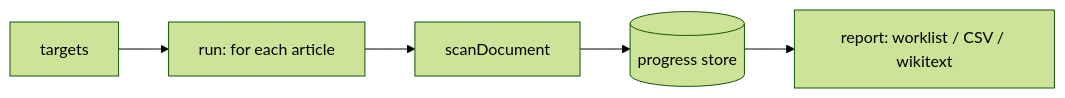
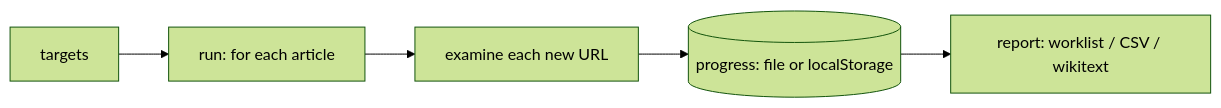
The diagram in .kiro/specs/graveyard-census/design.md (ZNLong2203/revenant), drawn with Mermaid (forest theme) before and after one commit. The commit also changed other lines of this file and 36 other files, not shown here.

````diff
--- a/.kiro/specs/graveyard-census/design.md
+++ b/.kiro/specs/graveyard-census/design.md
@@ -13,5 +13,5 @@
 ```mermaid
 flowchart LR
-  T[targets] --> R[run: for each article] --> S[scanDocument] --> P[(progress store)]
+  T[targets] --> R[run: for each article] --> E[examine each new URL] --> P[(progress: file or localStorage)]
   P --> W[report: worklist / CSV / wikitext]
 ```
````
